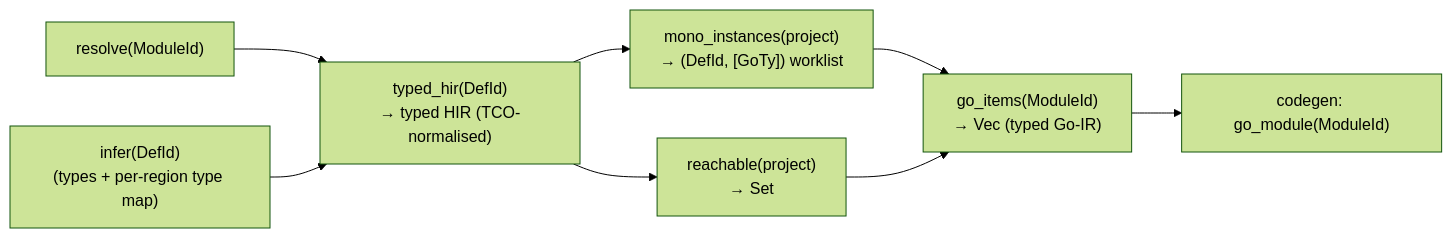
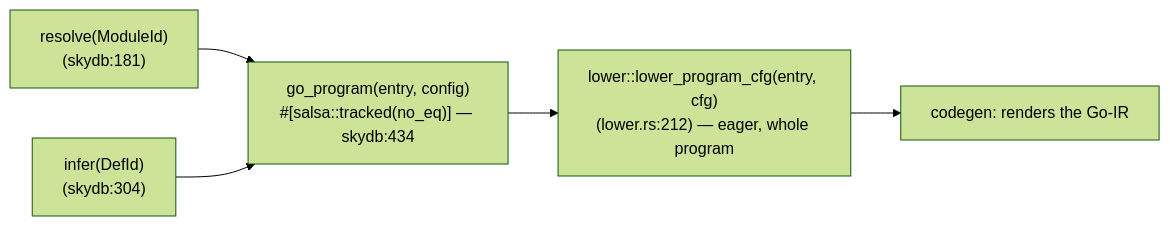
One commit to anzellai/sky changed the diagram in docs/rust-rewrite/07-lowering-and-ir.md. Above: the diagram before and after it, drawn with Mermaid (forest theme). The commit also changed other lines of this file and 1 other file, not shown here.

First line of the commit message:
docs(rust-rewrite): the salsa engine IS the running engine; lowering has no per-def grain

````diff
--- a/docs/rust-rewrite/07-lowering-and-ir.md
+++ b/docs/rust-rewrite/07-lowering-and-ir.md
@@ -106,10 +113,7 @@
 ```mermaid
 flowchart LR
-    RES["resolve(ModuleId)"] --> THIR
-    INFER["infer(DefId)\n(types + per-region type map)"] --> THIR["typed_hir(DefId)\n→ typed HIR (TCO-normalised)"]
-    THIR --> MONO["mono_instances(project)\n→ (DefId, [GoTy]) worklist"]
-    MONO --> GOIR["go_items(ModuleId)\n→ Vec<GoItem> (typed Go-IR)"]
-    DCE["reachable(project)\n→ Set<Ref>"] --> GOIR
-    THIR --> DCE
-    GOIR --> CODEGEN["codegen: go_module(ModuleId)"]
+    RES["resolve(ModuleId)\n(skydb:181)"] --> GP
+    INFER["infer(DefId)\n(skydb:304)"] --> GP["go_program(entry, config)\n#[salsa::tracked(no_eq)] — skydb:434"]
+    GP --> LP["lower::lower_program_cfg(entry, cfg)\n(lower.rs:212) — eager, whole program"]
+    LP --> CODEGEN["codegen: renders the Go-IR"]
 ```
````
